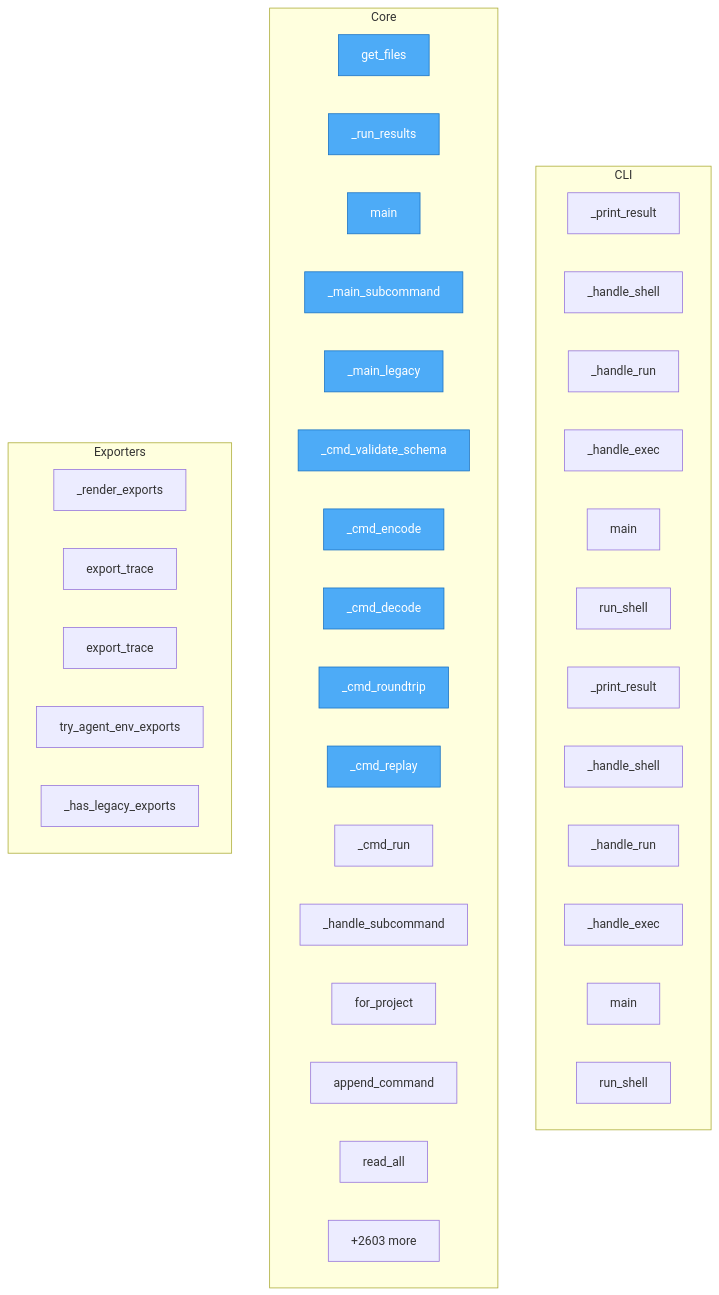
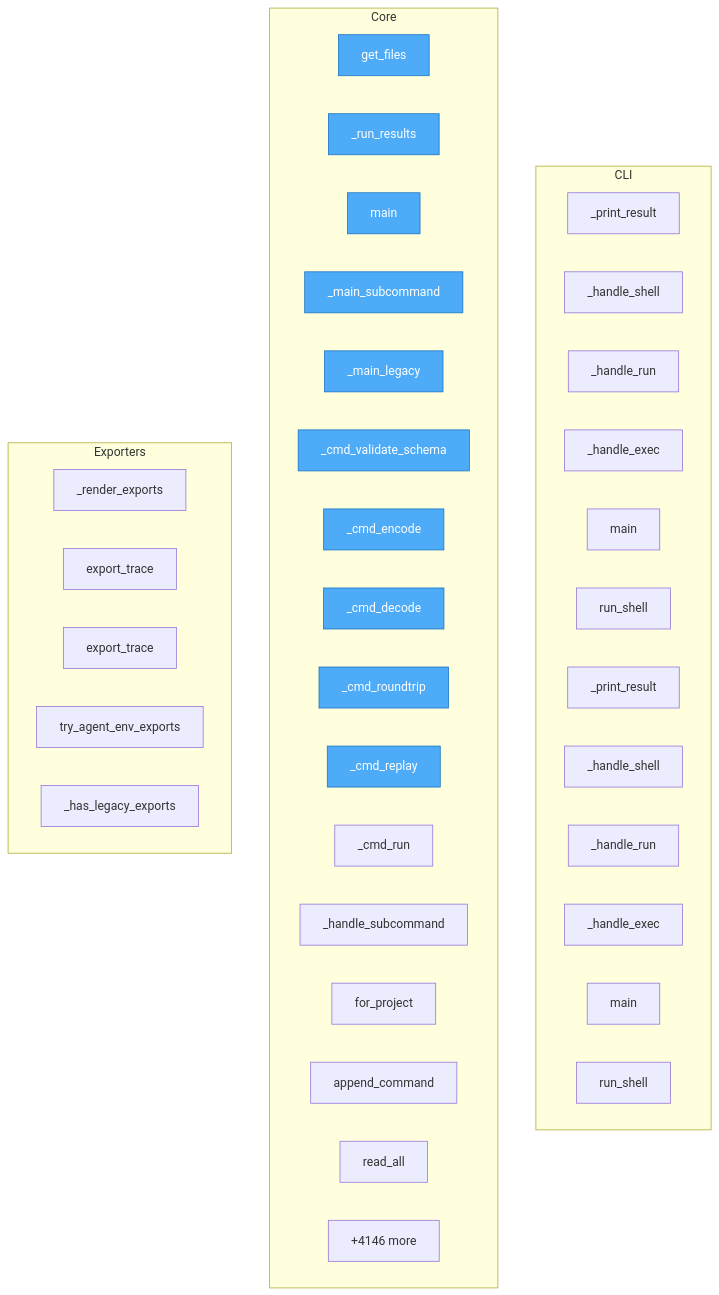
Before and after one commit to semcod/koru: the diagram in project/flow.mmd, drawn with Mermaid. The commit also changed 36 other files, not shown here.

```diff
--- a/project/flow.mmd
+++ b/project/flow.mmd
@@ -1,49 +1,49 @@
 flowchart TD
-%% generated in 2.58s
+%% generated in 2.76s
 
     %% Entry points (blue)
     classDef entry fill:#4dabf7,stroke:#1971c2,color:#fff
 
     subgraph CLI
         packages__cli2koru__src__cli2koru__cli___print_result["_print_result"]
         packages__cli2koru__src__cli2koru__cli___handle_shell["_handle_shell"]
         packages__cli2koru__src__cli2koru__cli___handle_run["_handle_run"]
         packages__cli2koru__src__cli2koru__cli___handle_exec["_handle_exec"]
         packages__cli2koru__src__cli2koru__cli__main["main"]
         packages__cli2koru__src__cli2koru__shell__run_shell["run_shell"]
         packages__cli2coru__src__cli2coru__cli___print_result["_print_result"]
         packages__cli2coru__src__cli2coru__cli___handle_shell["_handle_shell"]
         packages__cli2coru__src__cli2coru__cli___handle_run["_handle_run"]
         packages__cli2coru__src__cli2coru__cli___handle_exec["_handle_exec"]
         packages__cli2coru__src__cli2coru__cli__main["main"]
         packages__cli2coru__src__cli2coru__shell__run_shell["run_shell"]
     end
 
     subgraph Core
         check_dups__get_files["get_files"]
         packages__dsl2koru__src__dsl2koru__cli___run_results["_run_results"]
         packages__dsl2koru__src__dsl2koru__cli__main["main"]
         packages__dsl2koru__src__dsl2koru__cli___main_subcommand["_main_subcommand"]
         packages__dsl2koru__src__dsl2koru__cli___main_legacy["_main_legacy"]
         packages__dsl2koru__src__dsl2koru__cli___cmd_validate_schema["_cmd_validate_schema"]
         packages__dsl2koru__src__dsl2koru__cli___cmd_encode["_cmd_encode"]
         packages__dsl2koru__src__dsl2koru__cli___cmd_decode["_cmd_decode"]
         packages__dsl2koru__src__dsl2koru__cli___cmd_roundtrip["_cmd_roundtrip"]
         packages__dsl2koru__src__dsl2koru__cli___cmd_replay["_cmd_replay"]
         packages__dsl2koru__src__dsl2koru__cli___cmd_run["_cmd_run"]
         packages__dsl2koru__src__dsl2koru__cli___handle_subcommand["_handle_subcommand"]
         packages__dsl2koru__src__dsl2koru__events__EventStore__for_project["for_project"]
         packages__dsl2koru__src__dsl2koru__events__EventStore__append_command["append_command"]
         packages__dsl2koru__src__dsl2koru__events__EventStore__read_all["read_all"]
-        ...["+2603 more"]
+        ...["+4146 more"]
     end
 
     subgraph Exporters
         packages__koruenv__src__koruenv__cli___render_exports["_render_exports"]
         packages__nlpshim__src__nlpshim__conversation_client__ConversationTestClient__export_trace["export_trace"]
         packages__nlpshim__src__nlpshim__conversation_test_api__export_trace["export_trace"]
         src__koru__agent_cli_helpers__try_agent_env_exports["try_agent_env_exports"]
         src__koru__cli___has_legacy_exports["_has_legacy_exports"]
     end
 
     class check_dups__get_files,packages__dsl2koru__src__dsl2koru__cli___run_results,packages__dsl2koru__src__dsl2koru__cli__main,packages__dsl2koru__src__dsl2koru__cli___main_subcommand,packages__dsl2koru__src__dsl2koru__cli___main_legacy,packages__dsl2koru__src__dsl2koru__cli___cmd_validate_schema,packages__dsl2koru__src__dsl2koru__cli___cmd_encode,packages__dsl2koru__src__dsl2koru__cli___cmd_decode,packages__dsl2koru__src__dsl2koru__cli___cmd_roundtrip,packages__dsl2koru__src__dsl2koru__cli___cmd_replay entry
```
